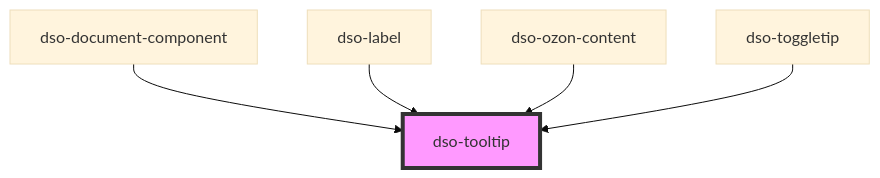
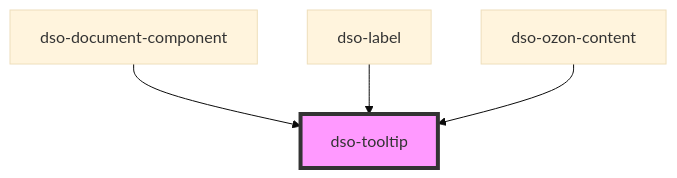
Before and after one commit to dso-toolkit/dso-toolkit: the diagram in packages/core/src/components/tooltip/readme.md, drawn with Mermaid (base theme). The commit also changed other lines of this file and 23 other files, not shown here.

````diff
--- a/packages/core/src/components/tooltip/readme.md
+++ b/packages/core/src/components/tooltip/readme.md
@@ -58,8 +57,7 @@
 ```mermaid
 graph TD;
   dso-document-component --> dso-tooltip
   dso-label --> dso-tooltip
   dso-ozon-content --> dso-tooltip
-  dso-toggletip --> dso-tooltip
   style dso-tooltip fill:#f9f,stroke:#333,stroke-width:4px
 ```
````
